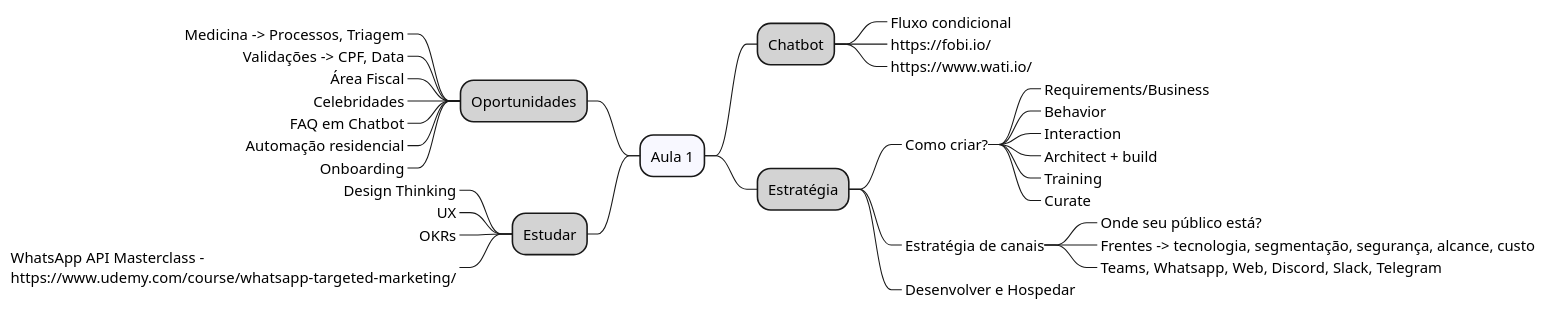
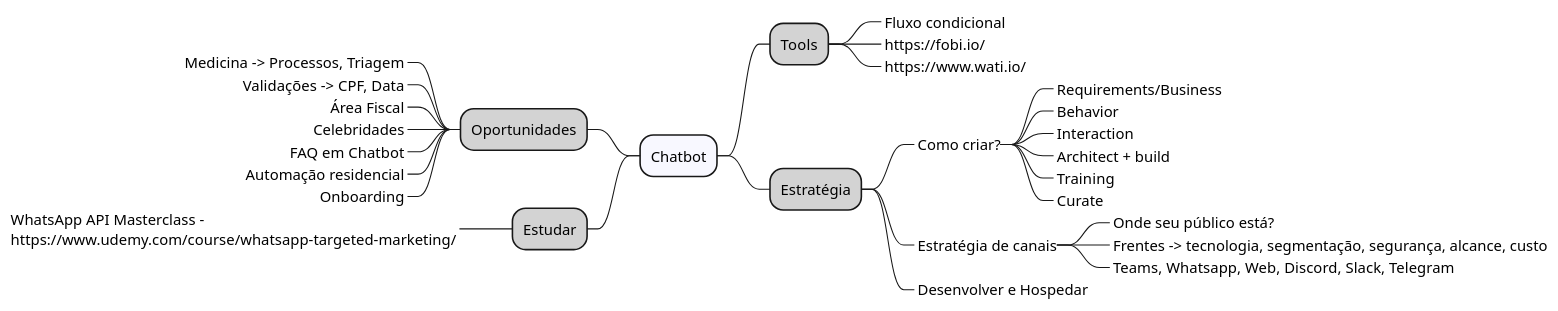
One commit to acnaweb/chatbot changed the diagram in docs/src/aula1.wsd. Above: the diagram before and after it, drawn with PlantUML. The commit also changed 1 other file, not shown here.

```diff
--- a/docs/src/aula1.wsd
+++ b/docs/src/aula1.wsd
@@ -1,50 +1,46 @@
 @startmindmap
 
-*[#F8F8FF] Aula 1
+*[#F8F8FF] Chatbot
 
-**[#LightGray] Chatbot
+**[#LightGray] Tools
 
 ***_ Fluxo condicional
 ***_ https://fobi.io/
 ***_ https://www.wati.io/
 
 **[#LightGray] Estratégia
 
 ***_ Como criar?
 
 ****_ Requirements/Business
 ****_ Behavior
 ****_ Interaction
 ****_ Architect + build
 ****_ Training
 ****_ Curate
 
 ***_ Estratégia de canais
 
 ****_ Onde seu público está? 
 ****_ Frentes -> tecnologia, segmentação, segurança, alcance, custo
 ****_ Teams, Whatsapp, Web, Discord, Slack, Telegram
 
 ***_ Desenvolver e Hospedar 
 
 left side
 
 **[#LightGray] Oportunidades
 
 ***_ Medicina -> Processos, Triagem
 ***_ Validações -> CPF, Data
 ***_ Área Fiscal
 ***_ Celebridades
 ***_ FAQ em Chatbot
 ***_ Automação residencial
 ***_ Onboarding
 
 **[#LightGray] Estudar
 
-***_ Design Thinking
-***_ UX
-***_ OKRs
 ***_ WhatsApp API Masterclass -\nhttps://www.udemy.com/course/whatsapp-targeted-marketing/
 
-
 @endmindmap
```
